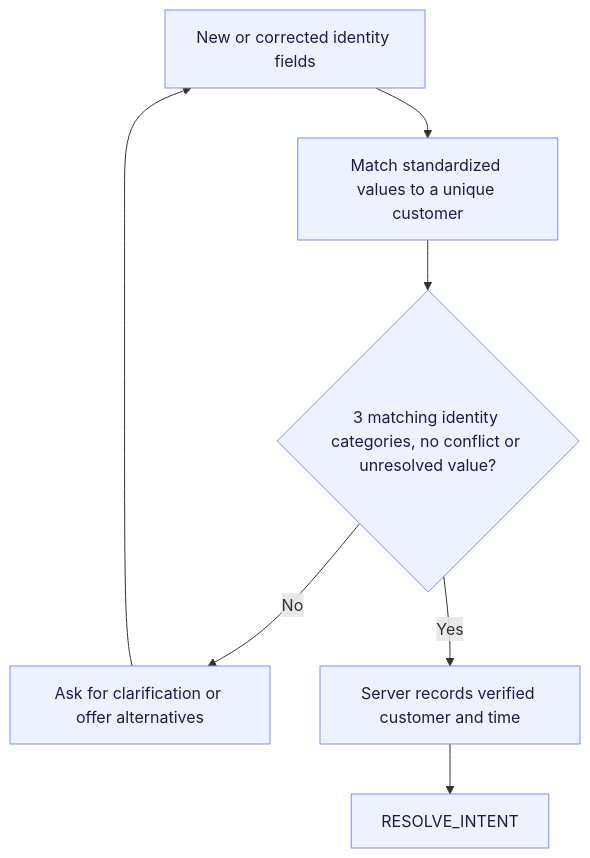
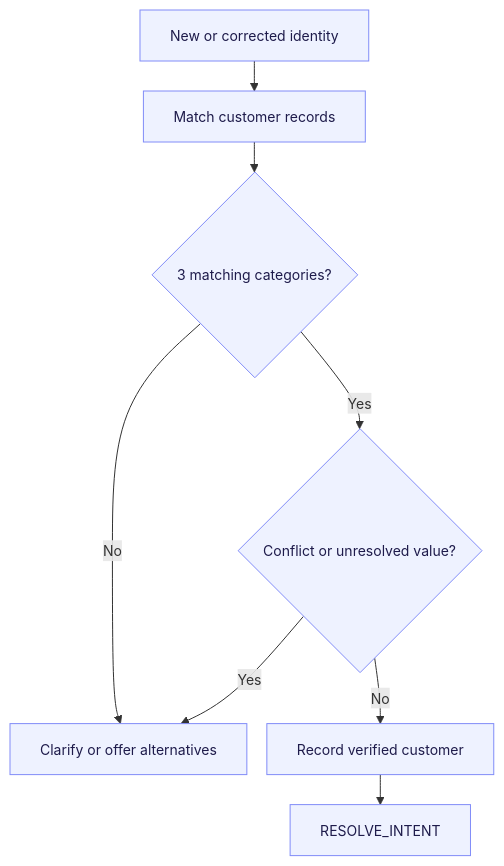
The fifth of 10 diagrams in docs/architecture.md (XinhaoTheo/insurance-claims-sop-agent), drawn with Mermaid before and after one commit. The commit also changed other lines of this file and 1 other file, not shown here.

Commit message:
docs: fit diagrams to page width

````diff
--- a/docs/architecture.md
+++ b/docs/architecture.md
@@ -120,11 +117,13 @@
 ```mermaid
+%%{init: {"flowchart": {"nodeSpacing": 20, "rankSpacing": 30}, "themeVariables": {"fontSize": "14px"}}}%%
 flowchart TD
-    Input["New or corrected identity fields"] --> Match["Match standardized values to a unique customer"]
-    Match --> Gate{"3 matching identity categories, no conflict or unresolved value?"}
-    Gate -->|No| Stay["Ask for clarification or offer alternatives"]
-    Stay --> Input
-    Gate -->|Yes| Verified["Server records verified customer and time"]
-    Verified --> Next["RESOLVE_INTENT"]
+    Input["New or corrected identity"] --> Match["Match customer records"]
+    Match --> Gate{"3 matching categories?"}
+    Gate -->|No| Ask["Clarify or offer alternatives"]
+    Gate -->|Yes| Conflict{"Conflict or unresolved value?"}
+    Conflict -->|Yes| Ask
+    Conflict -->|No| Verify["Record verified customer"]
+    Verify --> Next["RESOLVE_INTENT"]
 
     classDef default fill:#eef2ff,stroke:#818cf8,color:#1e1b4b;
 ```
````
